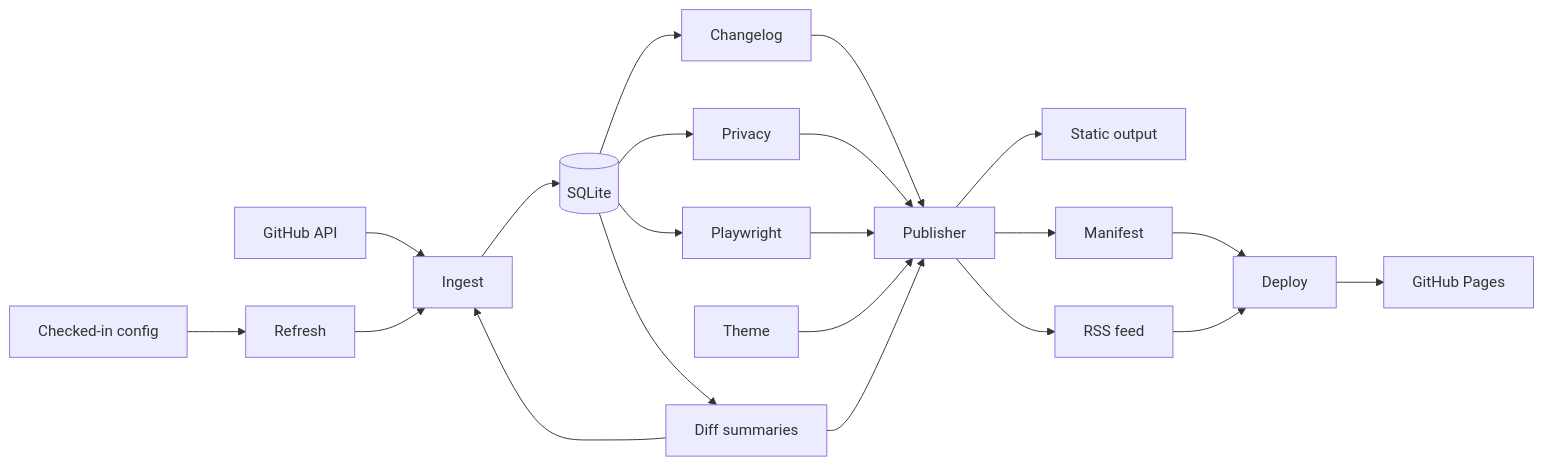
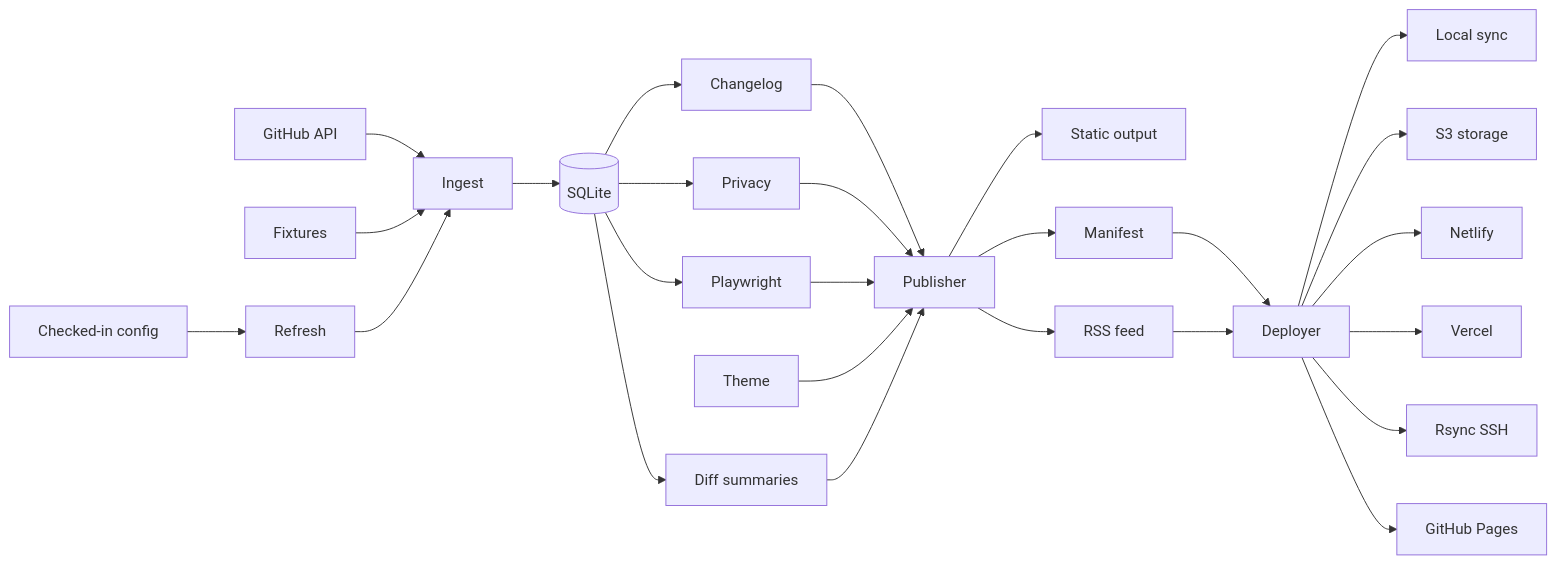
The diagram in README.md (DanielCuevas1208/engineer-profile), drawn with Mermaid before and after one commit. The commit also changed other lines of this file and 24 other files, not shown here.

````diff
--- a/README.md
+++ b/README.md
@@ -32,23 +34,28 @@
 ```mermaid
 flowchart LR
   C[Checked-in config] --> R[Refresh]
   G[GitHub API] --> I[Ingest]
   F[Fixtures] --> I
   R --> I
   I --> D[(SQLite)]
   D --> L[Changelog]
   D --> P[Privacy]
   D --> S[Playwright]
   L --> W[Publisher]
   P --> W
   S --> W
   W --> O[Static output]
   T[Theme] --> W
-  D --> F[Diff summaries]
-  F --> W
+  D --> F1[Diff summaries]
+  F1 --> W
   W --> M[Manifest]
   W --> X[RSS feed]
-  M --> K[Deploy]
+  M --> K[Deployer]
   X --> K
+  K --> A1[Local sync]
+  K --> A2[S3 storage]
+  K --> A3[Netlify]
+  K --> A4[Vercel]
+  K --> A5[Rsync SSH]
   K --> H[GitHub Pages]
 ```
````
